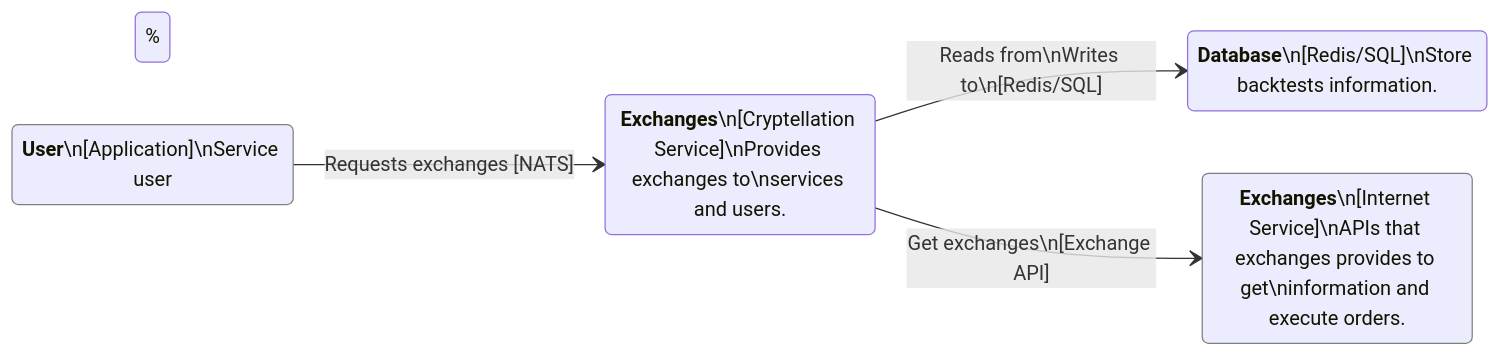
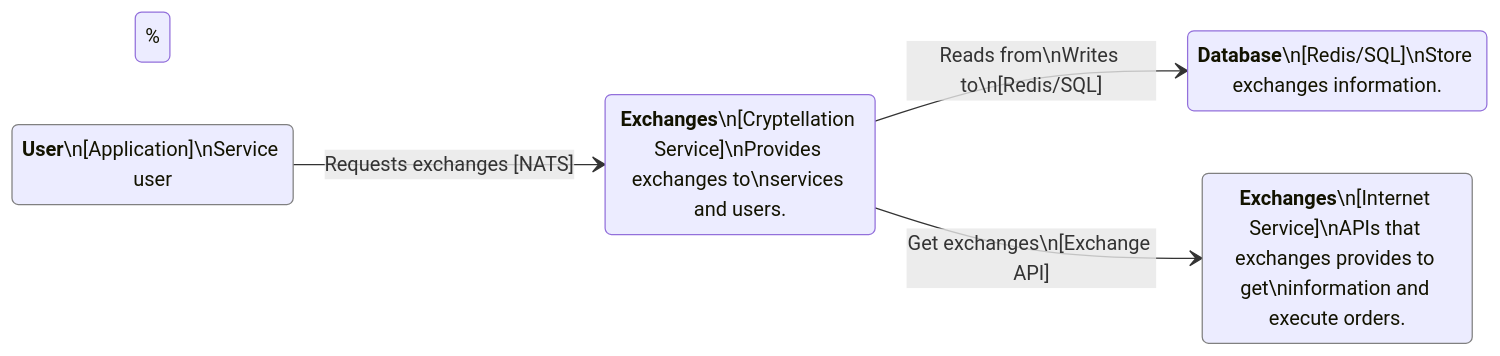
The first of 2 diagrams in website/content/services/exchanges/architecture.md (alenjohn05/cryptellation), drawn with Mermaid before and after one commit. The commit also changed other lines of this file and 103 other files, not shown here.

````diff
--- a/website/content/services/exchanges/architecture.md
+++ b/website/content/services/exchanges/architecture.md
@@ -10,22 +10,22 @@
 ```mermaid
 stateDiagram-v2
     direction LR
     
     % Class definition
     classDef outside stroke:grey
 
     User: <center><b>User</b>\n[Application]\nService user</center>
     User --> ExchangesService: Requests exchanges [NATS]
 
     ExchangesService: <center><b>Exchanges</b>\n[Cryptellation Service]\nProvides exchanges to\nservices and users.</center>
     ExchangesService --> Database: Reads from\nWrites to\n[Redis/SQL]
     ExchangesService --> Exchanges: Get exchanges\n[Exchange API]
 
-    Database: <center><b>Database</b>\n[Redis/SQL]\nStore backtests information.</center>
+    Database: <center><b>Database</b>\n[Redis/SQL]\nStore exchanges information.</center>
 
     Exchanges: <center><b>Exchanges</b>\n[Internet Service]\nAPIs that exchanges provides to get\ninformation and execute orders.</center>
 
     % Class application
     class User outside
     class Exchanges outside
 ```
````
